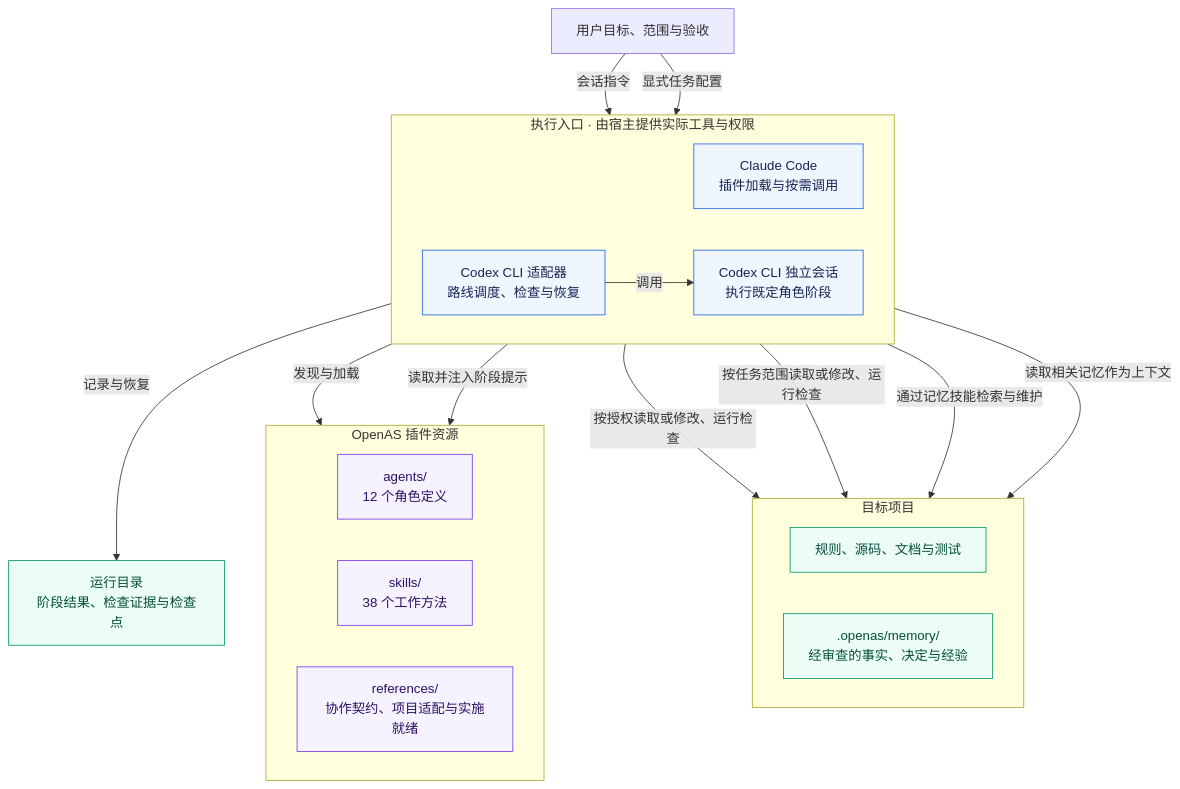
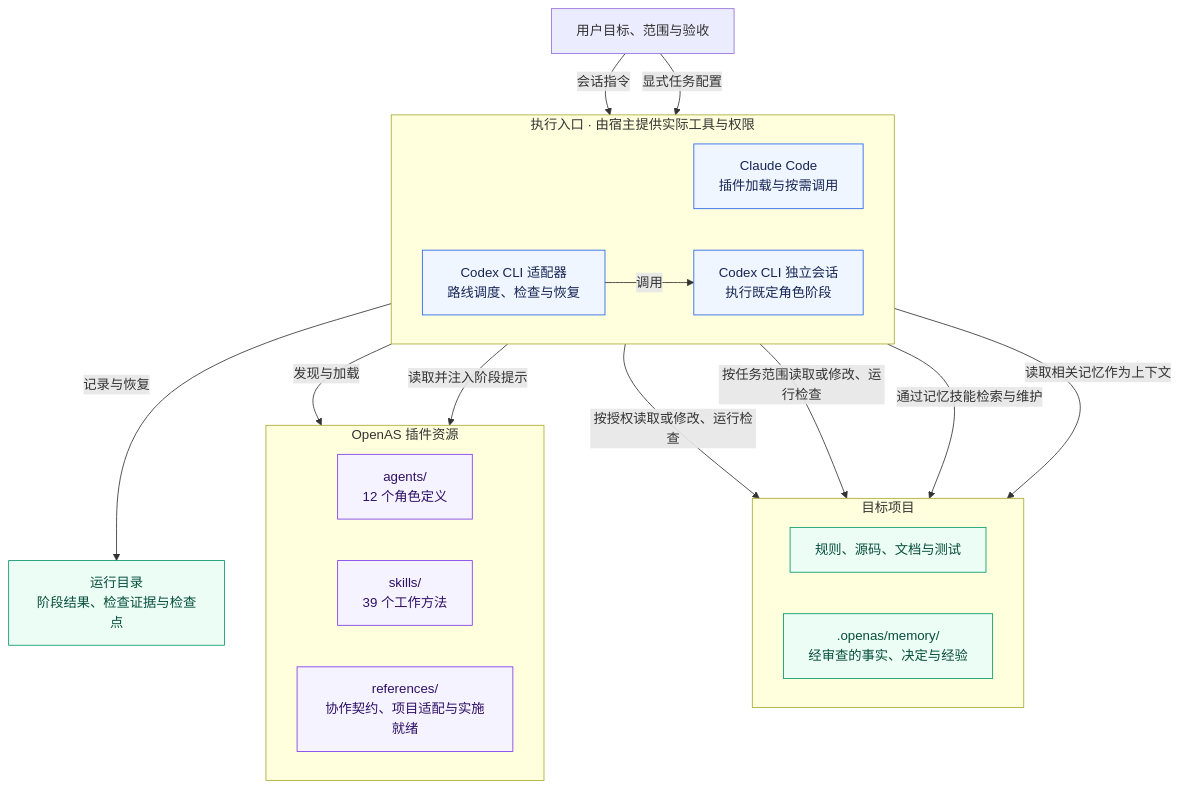
One commit to xiangguangxin/OpenAS changed the first of 2 diagrams in README.md. Above: the diagram before and after it, drawn with Mermaid. The commit also changed other lines of this file and 13 other files, not shown here.

````diff
--- a/README.md
+++ b/README.md
@@ -113,44 +115,44 @@
 ```mermaid
 flowchart TB
     user["用户目标、范围与验收"]
 
     subgraph entry["执行入口 · 由宿主提供实际工具与权限"]
         direction LR
         claude["Claude Code<br/>插件加载与按需调用"]
         adapter["Codex CLI 适配器<br/>路线调度、检查与恢复"]
         sessions["Codex CLI 独立会话<br/>执行既定角色阶段"]
         adapter -->|调用| sessions
     end
 
     subgraph bundle["OpenAS 插件资源"]
         direction LR
         agents["agents/<br/>12 个角色定义"]
-        skills["skills/<br/>38 个工作方法"]
+        skills["skills/<br/>39 个工作方法"]
         contracts["references/<br/>协作契约、项目适配与实施就绪"]
     end
 
     subgraph target["目标项目"]
         direction LR
         repo["规则、源码、文档与测试"]
         memory[".openas/memory/<br/>经审查的事实、决定与经验"]
     end
 
     evidence["运行目录<br/>阶段结果、检查证据与检查点"]
 
     user -->|会话指令| claude
     user -->|显式任务配置| adapter
     claude -->|发现与加载| bundle
     adapter -->|读取并注入阶段提示| bundle
     claude -->|按授权读取或修改、运行检查| repo
     sessions -->|按任务范围读取或修改、运行检查| repo
     claude -->|通过记忆技能检索与维护| memory
     adapter -->|读取相关记忆作为上下文| memory
     adapter -->|记录与恢复| evidence
 
     classDef entryStyle fill:#eff6ff,stroke:#2563eb,color:#172554
     classDef resourceStyle fill:#f5f3ff,stroke:#7c3aed,color:#2e1065
     classDef dataStyle fill:#ecfdf5,stroke:#059669,color:#064e3b
     class claude,adapter,sessions entryStyle
     class agents,skills,contracts resourceStyle
     class repo,memory,evidence dataStyle
 ```
````
